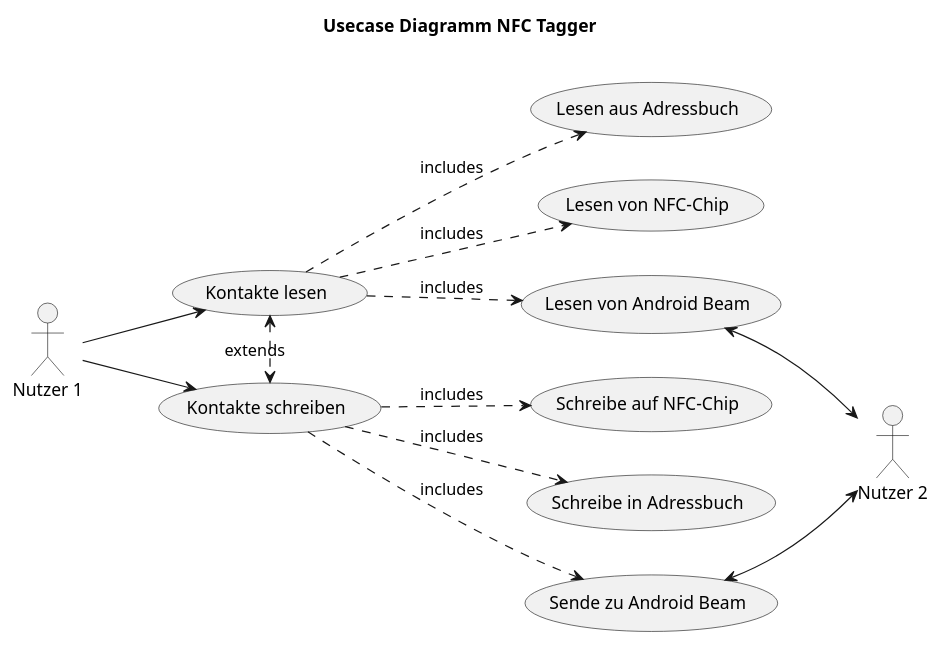
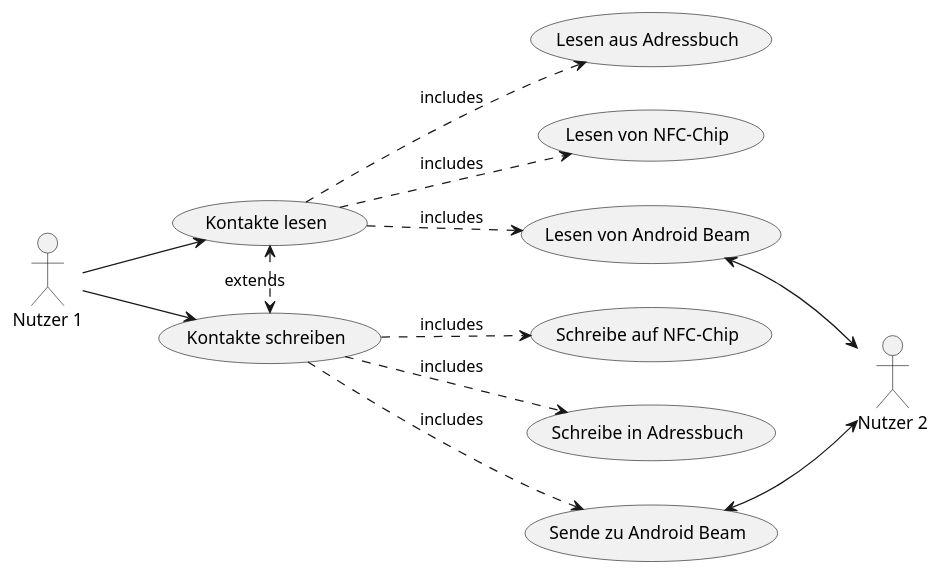
The diagram in UML/general_usecase.puml (NFCdroid/doku), drawn with PlantUML before and after one commit. The commit also changed 7 other files, not shown here.

Commit message:
UML-Diagramme nun in Doku

```diff
--- a/UML/general_usecase.puml
+++ b/UML/general_usecase.puml
@@ -1,25 +1,24 @@
 @startuml
-title Usecase Diagramm NFC Tagger \n
 left to right direction
 
 :Nutzer 1: as user1
 :Nutzer 2: as user2
 (Kontakte schreiben) as (write)
 (Kontakte lesen) as (read)
 
 user1 --> (write)
 user1 --> (read)
 
 (write) ..> (Schreibe auf NFC-Chip) :includes
 (write) ..> (Schreibe in Adressbuch) :includes
 (write) ..> (Sende zu Android Beam):includes
 
 (read) ..> (Lesen aus Adressbuch) :includes
 (read) ..> (Lesen von NFC-Chip) :includes
 (read) ..> (Lesen von Android Beam) :includes
 
 (read) <.> (write) :extends
 
 (Lesen von Android Beam) <--> user2
 (Sende zu Android Beam) <--> user2
 @enduml
```
